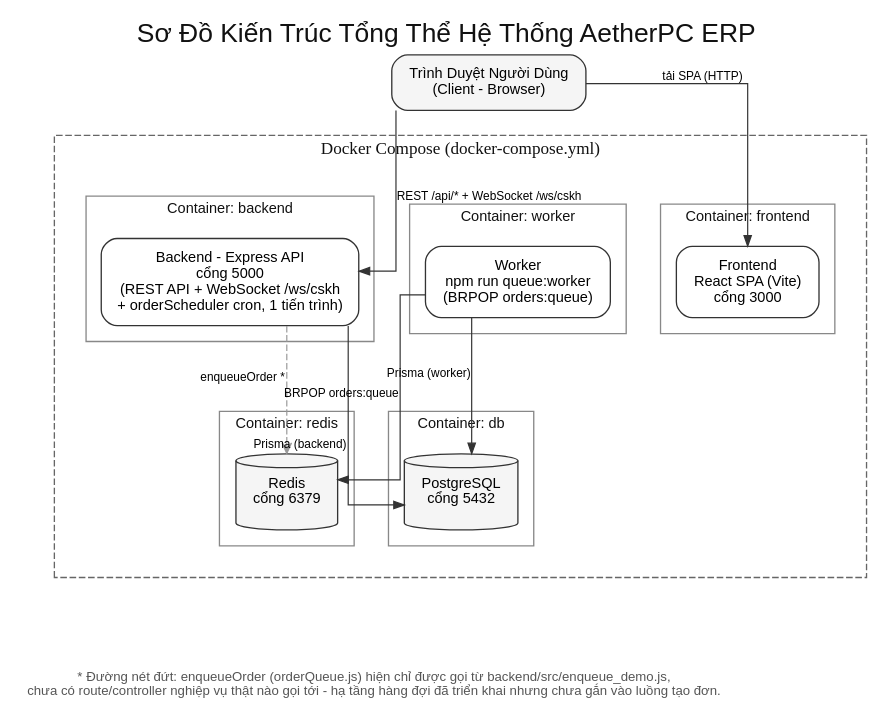
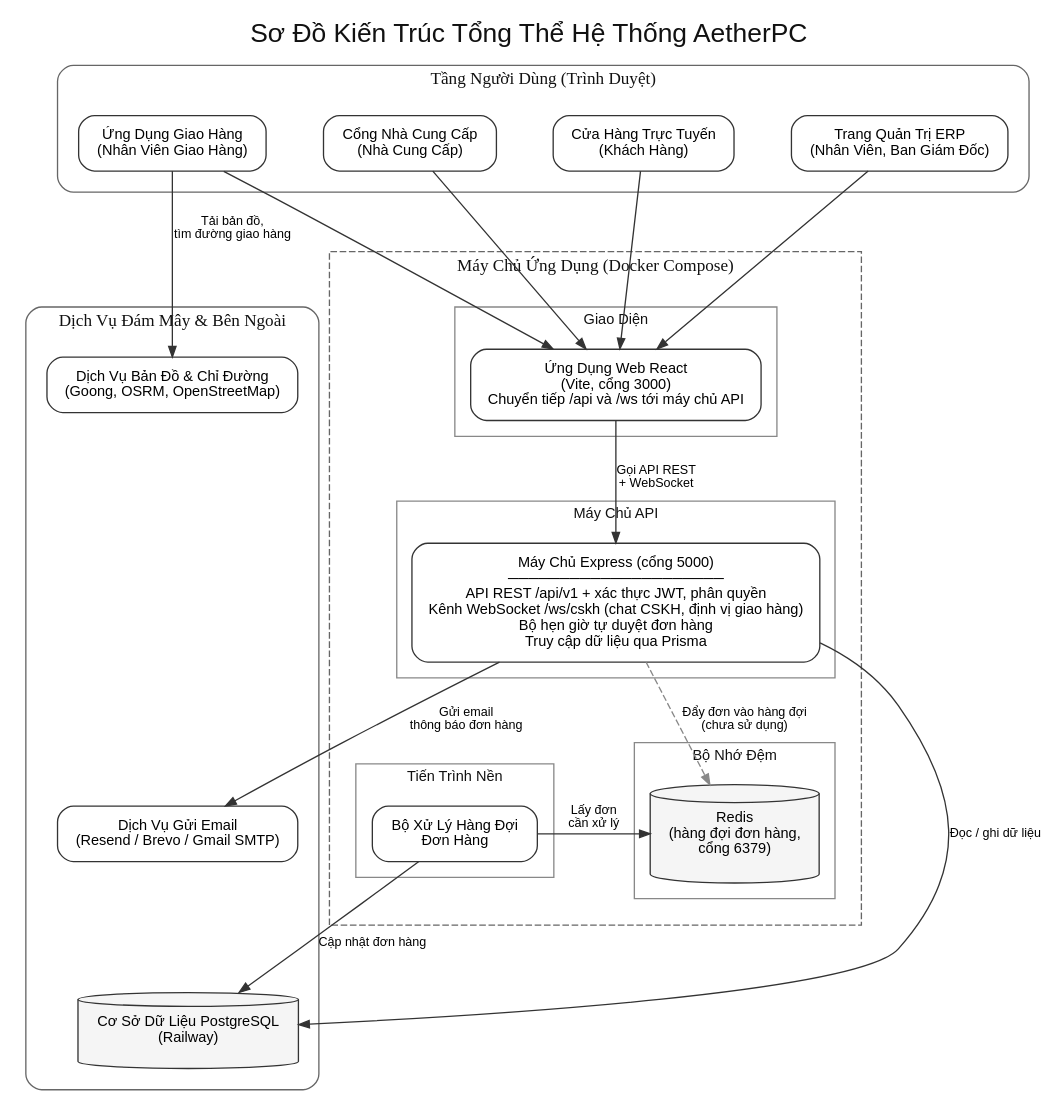
The diagram in docs/diagrams/kientruc_tongthe.dot (hoangmkid12/ERP_AetherPC), drawn with Graphviz before and after one commit. The commit also changed 5 other files, not shown here.

Commit message:
docs(diagrams): cap nhat ERD (32 bang, ky hieu chan qua) va so do kien truc tong the khop voi he thong hien tai

```diff
--- a/docs/diagrams/kientruc_tongthe.dot
+++ b/docs/diagrams/kientruc_tongthe.dot
@@ -1,70 +1,78 @@
 // ============================================================================
-// Sơ đồ kiến trúc tổng thể hệ thống AetherPC ERP (Client - API - Database -
-// Queue Worker). Nguồn đối chiếu trực tiếp: docker-compose.yml (5 service:
-// db, redis, backend, worker, frontend), backend/src/server.js,
-// backend/src/services/websocketService.js, orderQueue.js/orderWorker.js,
-// frontend/vite.config.js.
-//
-// Lưu ý độ chính xác: enqueueOrder (orderQueue.js) hiện chỉ được gọi từ
-// backend/src/enqueue_demo.js - không có route/controller nghiệp vụ thật nào
-// gọi tới, nên luồng Backend -> Redis -> Worker được vẽ NÉT ĐỨT kèm ghi chú,
-// phân biệt với các luồng đang thực sự được dùng (nét liền).
+// Sơ đồ kiến trúc tổng thể hệ thống AetherPC.
+// Đối chiếu: docker-compose.yml (redis, backend, worker, frontend; CSDL
+// PostgreSQL chạy trên Railway, không còn container db), frontend/vite.config.js
+// (proxy /api và /ws), backend/src/server.js, services/emailService.js
+// (Resend / Brevo / Gmail SMTP), frontend/src/utils/routingService.js
+// (Goong, OSRM, Nominatim/OpenStreetMap).
+// Luồng Backend -> Redis vẽ nét đứt: enqueueOrder chỉ được gọi từ
+// backend/scripts/enqueue_demo.js, chưa gắn vào luồng tạo đơn thật.
 // ============================================================================
 digraph KienTrucTongThe {
   charset="UTF-8";
   newrank=true;
-  graph [rankdir=TB, splines=ortho, overlap=false, nodesep=0.7, ranksep=1.35,
+  graph [rankdir=TB, splines=spline, overlap=false, nodesep=0.6, ranksep=0.9,
          fontname="Arial", bgcolor=white, compound=true,
-         label="Sơ Đồ Kiến Trúc Tổng Thể Hệ Thống AetherPC ERP",
+         label="Sơ Đồ Kiến Trúc Tổng Thể Hệ Thống AetherPC",
          labelloc=t, fontsize=20, fontcolor="#111111"];
   node [shape=box, style="rounded,filled", fillcolor=white, color="#333333",
-        fontname="Arial", fontsize=11, margin="0.18,0.12"];
-  edge [color="#333333", fontname="Arial", fontsize=9, arrowsize=0.8, penwidth=0.9];
+        fontname="Arial", fontsize=11, margin="0.2,0.12"];
+  edge [color="#333333", fontname="Arial", fontsize=9.5, arrowsize=0.8, penwidth=1.0];
 
-  client [label="Trình Duyệt Người Dùng\n(Client - Browser)", shape=box, style="rounded,filled", fillcolor="#F5F5F5"];
+  // ---------- Tầng người dùng ----------
+  subgraph cluster_client {
+    label="Tầng Người Dùng (Trình Duyệt)"; fontsize=13; fontname="Arial Bold"; style=rounded; color="#666666"; margin=16;
+    u_kh  [label="Cửa Hàng Trực Tuyến\n(Khách Hàng)"];
+    u_nv  [label="Trang Quản Trị ERP\n(Nhân Viên, Ban Giám Đốc)"];
+    u_gh  [label="Ứng Dụng Giao Hàng\n(Nhân Viên Giao Hàng)"];
+    u_ncc [label="Cổng Nhà Cung Cấp\n(Nhà Cung Cấp)"];
+  }
 
+  // ---------- Máy chủ ứng dụng (Docker Compose) ----------
   subgraph cluster_compose {
-    label="Docker Compose (docker-compose.yml)";
-    fontsize=13; fontname="Arial Bold"; labelloc=t; style=dashed; color="#666666"; margin=24;
+    label="Máy Chủ Ứng Dụng (Docker Compose)"; fontsize=13; fontname="Arial Bold"; style=dashed; color="#666666"; margin=20;
 
-    subgraph cluster_frontend {
-      label="Container: frontend"; fontsize=11; fontname="Arial"; labelloc=t; style=solid; color="#888888"; margin=12;
-      frontend [label="Frontend\nReact SPA (Vite)\ncổng 3000"];
+    subgraph cluster_fe {
+      label="Giao Diện"; fontsize=11; fontname="Arial"; style=solid; color="#888888"; margin=12;
+      frontend [label="Ứng Dụng Web React\n(Vite, cổng 3000)\nChuyển tiếp /api và /ws tới máy chủ API"];
     }
 
-    subgraph cluster_backend {
-      label="Container: backend"; fontsize=11; fontname="Arial"; labelloc=t; style=solid; color="#888888"; margin=12;
-      backend [label="Backend - Express API\ncổng 5000\n(REST API + WebSocket /ws/cskh\n+ orderScheduler cron, 1 tiến trình)"];
+    subgraph cluster_be {
+      label="Máy Chủ API"; fontsize=11; fontname="Arial"; style=solid; color="#888888"; margin=12;
+      backend [label="Máy Chủ Express (cổng 5000)\n─────────────────────\nAPI REST /api/v1 + xác thực JWT, phân quyền\nKênh WebSocket /ws/cskh (chat CSKH, định vị giao hàng)\nBộ hẹn giờ tự duyệt đơn hàng\nTruy cập dữ liệu qua Prisma"];
     }
 
     subgraph cluster_worker {
-      label="Container: worker"; fontsize=11; fontname="Arial"; labelloc=t; style=solid; color="#888888"; margin=12;
-      worker [label="Worker\nnpm run queue:worker\n(BRPOP orders:queue)"];
+      label="Tiến Trình Nền"; fontsize=11; fontname="Arial"; style=solid; color="#888888"; margin=12;
+      worker [label="Bộ Xử Lý Hàng Đợi\nĐơn Hàng"];
     }
 
     subgraph cluster_redis {
-      label="Container: redis"; fontsize=11; fontname="Arial"; labelloc=t; style=solid; color="#888888"; margin=12;
-      redis [label="Redis\ncổng 6379", shape=cylinder, style=filled, fillcolor="#F5F5F5"];
-    }
-
-    subgraph cluster_db {
-      label="Container: db"; fontsize=11; fontname="Arial"; labelloc=t; style=solid; color="#888888"; margin=12;
-      db [label="PostgreSQL\ncổng 5432", shape=cylinder, style=filled, fillcolor="#F5F5F5"];
+      label="Bộ Nhớ Đệm"; fontsize=11; fontname="Arial"; style=solid; color="#888888"; margin=12;
+      redis [label="Redis\n(hàng đợi đơn hàng,\ncổng 6379)", shape=cylinder, style=filled, fillcolor="#F5F5F5"];
     }
   }
 
-  // ---------- Luồng đang thực sự được dùng (nét liền) ----------
-  client -> frontend [xlabel="tải SPA (HTTP)"];
-  client -> backend [xlabel="REST /api/* + WebSocket /ws/cskh"];
-  worker -> redis [xlabel="BRPOP orders:queue"];
-  worker -> db [xlabel="Prisma (worker)"];
-  backend -> db [xlabel="Prisma (backend)"];
+  // ---------- Dịch vụ đám mây & bên ngoài ----------
+  subgraph cluster_cloud {
+    label="Dịch Vụ Đám Mây & Bên Ngoài"; fontsize=13; fontname="Arial Bold"; style=rounded; color="#666666"; margin=16;
+    db    [label="Cơ Sở Dữ Liệu PostgreSQL\n(Railway)", shape=cylinder, style=filled, fillcolor="#F5F5F5"];
+    email [label="Dịch Vụ Gửi Email\n(Resend / Brevo / Gmail SMTP)"];
+    maps  [label="Dịch Vụ Bản Đồ & Chỉ Đường\n(Goong, OSRM, OpenStreetMap)"];
+  }
 
-  // ---------- Luồng đã triển khai hạ tầng nhưng CHƯA gọi từ nghiệp vụ thật ----------
-  backend -> redis [xlabel="enqueueOrder *", style=dashed, color="#999999", arrowhead=vee];
+  { rank=same; u_kh; u_nv; u_gh; u_ncc; }
+  { rank=same; worker; redis; }
 
-  footnote [shape=plaintext, fontsize=10, fontcolor="#555555",
-            label="* Đường nét đứt: enqueueOrder (orderQueue.js) hiện chỉ được gọi từ backend/src/enqueue_demo.js,\nchưa có route/controller nghiệp vụ thật nào gọi tới - hạ tầng hàng đợi đã triển khai nhưng chưa gắn vào luồng tạo đơn."];
-  db -> footnote [style=invis];
-  redis -> footnote [style=invis];
+  u_kh  -> frontend;
+  u_nv  -> frontend;
+  u_gh  -> frontend;
+  u_ncc -> frontend;
+  frontend -> backend [label="Gọi API REST\n+ WebSocket"];
+  backend  -> db      [label="Đọc / ghi dữ liệu"];
+  worker   -> db      [label="Cập nhật đơn hàng"];
+  redis    -> worker  [label=" Lấy đơn\n cần xử lý", dir=back];
+  backend  -> redis   [label="Đẩy đơn vào hàng đợi\n(chưa sử dụng)", style=dashed, color="#888888"];
+  backend  -> email   [label="Gửi email\nthông báo đơn hàng"];
+  u_gh     -> maps    [label="Tải bản đồ,\ntìm đường giao hàng"];
 }
```
